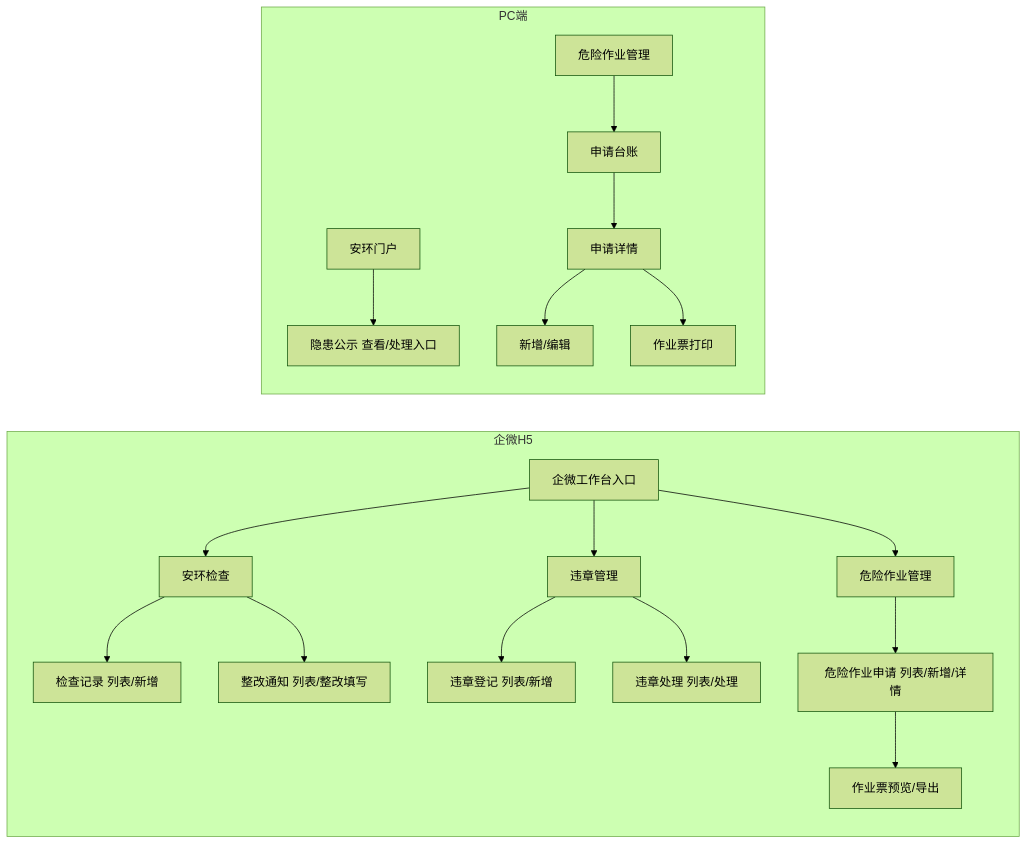
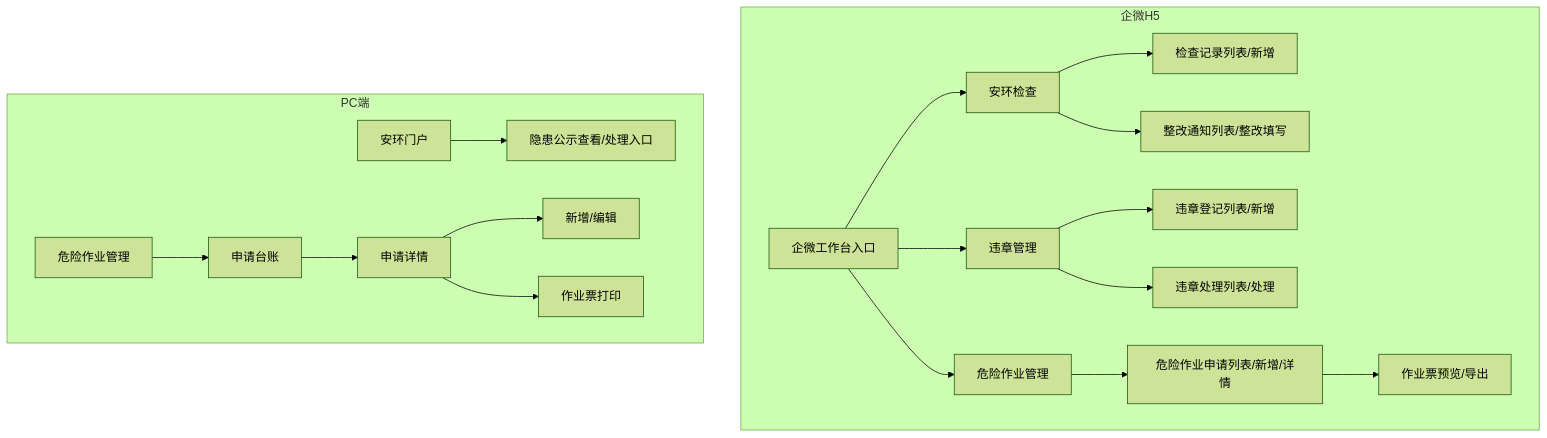
The fifth of 10 diagrams in docs/versions/v1.0.0/prd.md (liaoliao66/SES), drawn with Mermaid (forest theme) before and after one commit. The commit also changed other lines of this file and 1 other file, not shown here.

Commit message:
fix: 容错渲染 Mermaid 并修正易失败流程图，避免本地预览整页加载失败

````diff
--- a/docs/versions/v1.0.0/prd.md
+++ b/docs/versions/v1.0.0/prd.md
@@ -221,21 +222,21 @@
 ```mermaid
-flowchart LR
-  subgraph 企微H5
+flowchart TB
+  subgraph wecom["企微H5"]
     WX[企微工作台入口] --> Check[安环检查]
     WX --> Violation[违章管理]
     WX --> Permits[危险作业管理]
-    Check --> Rec[检查记录 列表/新增]
-    Check --> Rect[整改通知 列表/整改填写]
-    Violation --> VReg[违章登记 列表/新增]
-    Violation --> VHandle[违章处理 列表/处理]
-    Permits --> WP[危险作业申请 列表/新增/详情]
+    Check --> Rec[检查记录列表/新增]
+    Check --> Rect[整改通知列表/整改填写]
+    Violation --> VReg[违章登记列表/新增]
+    Violation --> VHandle[违章处理列表/处理]
+    Permits --> WP[危险作业申请列表/新增/详情]
     WP --> WPTicket[作业票预览/导出]
   end
-  subgraph PC端
-    PCPortal[安环门户] --> HazOp[隐患公示 查看/处理入口]
+  subgraph pc["PC端"]
+    PCPortal[安环门户] --> HazOp[隐患公示查看/处理入口]
     PCHome[危险作业管理] --> PCList[申请台账]
     PCList --> PCDetail[申请详情]
     PCDetail --> PCForm[新增/编辑]
     PCDetail --> PCTicket[作业票打印]
   end
 ```
````
